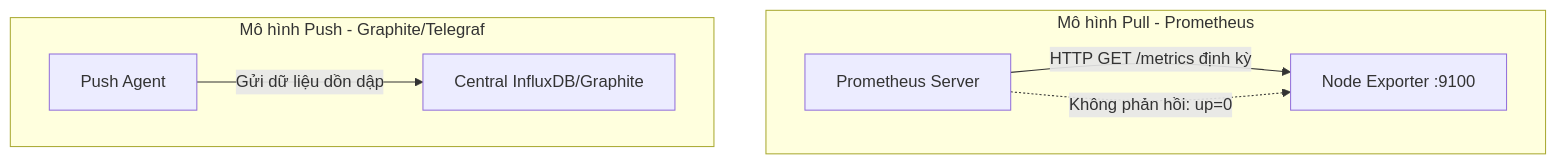
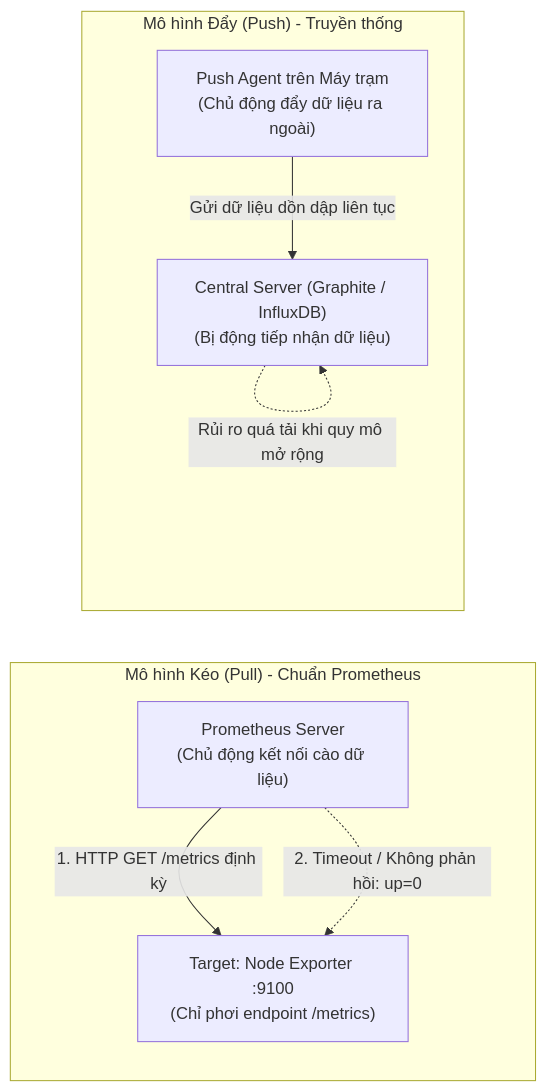
Before and after one commit to DucPham-it/linux_op_lab1: the second of 11 diagrams in report.md, drawn with Mermaid. The commit also changed other lines of this file and 3 other files, not shown here.

````diff
--- a/report.md
+++ b/report.md
@@ -127,10 +153,18 @@
 ```mermaid
-flowchart TD
-    subgraph Pull_Model ["Mô hình Pull - Prometheus"]
-        Server1["Prometheus Server"] -->|HTTP GET /metrics định kỳ| Target1["Node Exporter :9100"]
-        Server1 -.->|Không phản hồi: up=0| Target1
+flowchart LR
+    subgraph Pull_Model ["Mô hình Kéo (Pull) - Chuẩn Prometheus"]
+        direction TB
+        P_Server["Prometheus Server<br/>(Chủ động kết nối cào dữ liệu)"]
+        P_Target["Target: Node Exporter :9100<br/>(Chỉ phơi endpoint /metrics)"]
+        P_Server -->|"1. HTTP GET /metrics định kỳ"| P_Target
+        P_Server -.->|"2. Timeout / Không phản hồi: up=0"| P_Target
     end
-    subgraph Push_Model ["Mô hình Push - Graphite/Telegraf"]
-        Agent2["Push Agent"] -->|Gửi dữ liệu dồn dập| Server2["Central InfluxDB/Graphite"]
+
+    subgraph Push_Model ["Mô hình Đẩy (Push) - Truyền thống"]
+        direction TB
+        Agent["Push Agent trên Máy trạm<br/>(Chủ động đẩy dữ liệu ra ngoài)"]
+        Central["Central Server (Graphite / InfluxDB)<br/>(Bị động tiếp nhận dữ liệu)"]
+        Agent -->|"Gửi dữ liệu dồn dập liên tục"| Central
+        Central -.->|"Rủi ro quá tải khi quy mô mở rộng"| Central
     end
 ```
````
